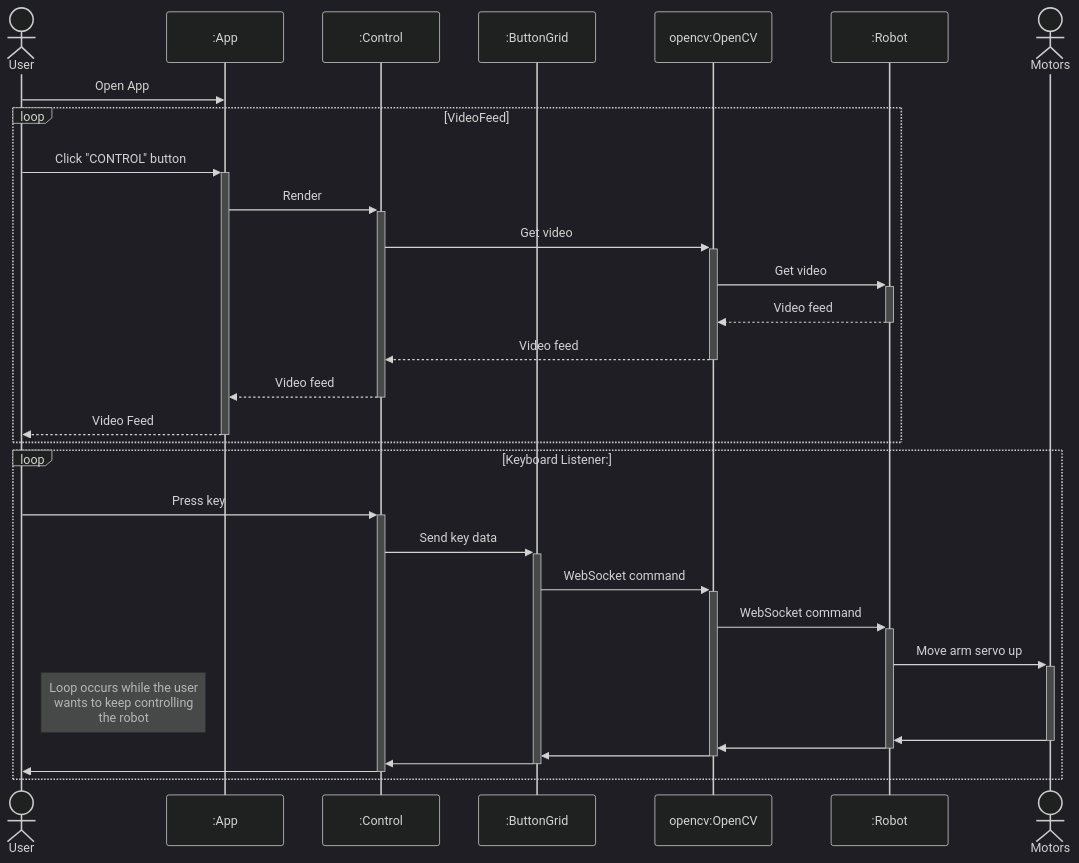
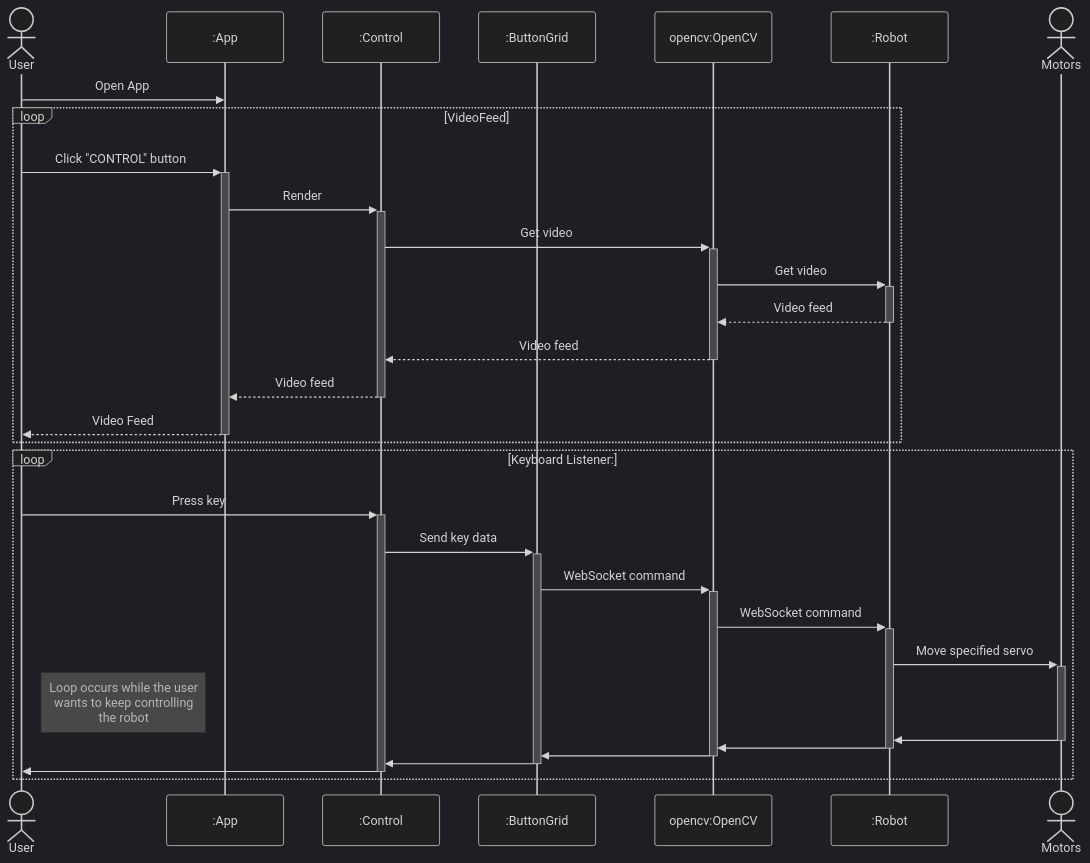
One commit to Capstone-Projects-2023-Spring/project-robocontrol changed the second of 5 diagrams in documentation/docs/system-architecture/sequence-diagrams.md. Above: the diagram before and after it, drawn with Mermaid (dark theme). The commit also changed other lines of this file, not shown here.

````diff
--- a/documentation/docs/system-architecture/sequence-diagrams.md
+++ b/documentation/docs/system-architecture/sequence-diagrams.md
@@ -47,37 +47,37 @@
 ```mermaid
 sequenceDiagram
     actor U as User
     participant App as :App
     participant C as :Control
     participant BG as :ButtonGrid
     participant CV as opencv:OpenCV
     participant R as :Robot
     actor M as Motors
 
     U->>App: Open App
 
     loop VideoFeed
         U->>+App: Click "CONTROL" button
         App->>+C: Render
         C->>+CV: Get video
         CV->>+R: Get video
         R-->>-CV: Video feed
         CV-->>-C: Video feed
         C-->>-App: Video feed
         App-->>-U: Video Feed
     end
 
     loop Keyboard Listener:
         U->>+C: Press key
         C->>+BG: Send key data
         BG->>+CV: WebSocket command
         CV->>+R: WebSocket command
-        R->>+M: Move arm servo up
+        R->>+M: Move specified servo
         Note right of U: Loop occurs while the user<br/>wants to keep controlling<br/>the robot
         M->>-R: 
         R->>-CV: 
         CV->>-BG: 
         BG->>-C: 
         C->>-U: 
     end
 ```
````
